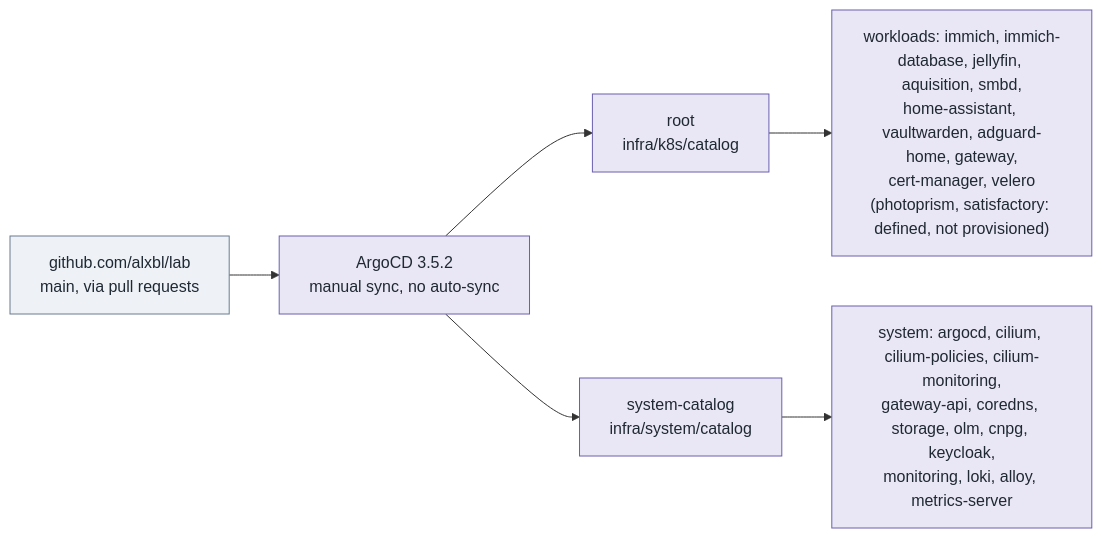
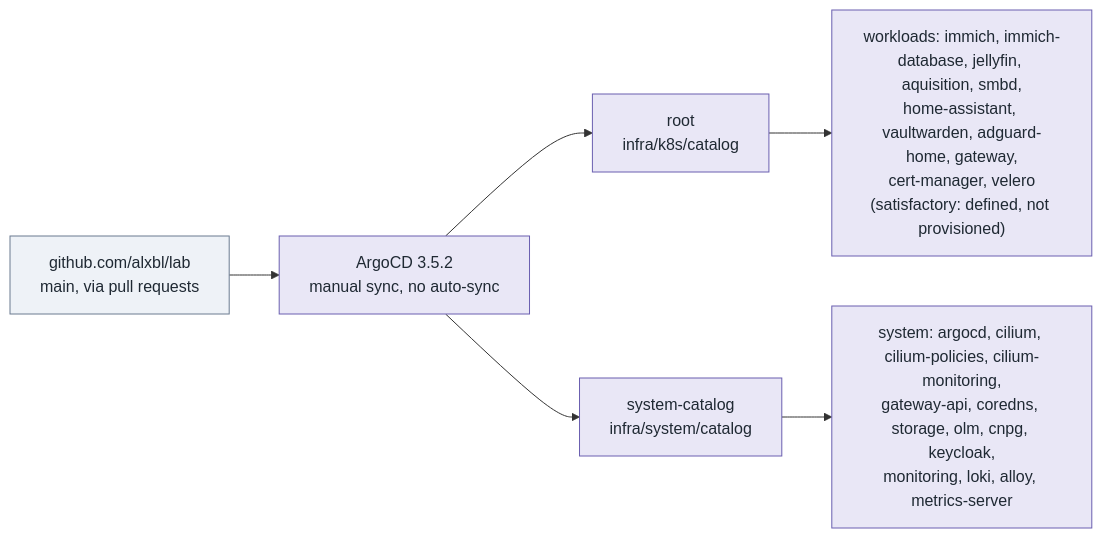
Before and after one commit to alxbl/lab: the fifth of 5 diagrams in docs/hld/segv-cluster.md, drawn with Mermaid. The commit also changed other lines of this file and 1 other file, not shown here.

````diff
--- a/docs/hld/segv-cluster.md
+++ b/docs/hld/segv-cluster.md
@@ -278,13 +278,13 @@
 ```mermaid
 flowchart LR
   classDef ext fill:#eef2f7,stroke:#6b7a90,color:#1f2933
   classDef sys fill:#e9e7f6,stroke:#6a5fb0,color:#1f2933
 
   repo["github.com/alxbl/lab<br/>main, via pull requests"]:::ext
   argo["ArgoCD 3.5.2<br/>manual sync, no auto-sync"]:::sys
   repo --> argo
   argo --> root["root<br/>infra/k8s/catalog"]:::sys
   argo --> syscat["system-catalog<br/>infra/system/catalog"]:::sys
-  root --> w["workloads: immich, immich-database, jellyfin, aquisition, smbd,<br/>home-assistant, vaultwarden, adguard-home, gateway,<br/>cert-manager, velero<br/>(photoprism, satisfactory: defined, not provisioned)"]:::sys
+  root --> w["workloads: immich, immich-database, jellyfin, aquisition, smbd,<br/>home-assistant, vaultwarden, adguard-home, gateway,<br/>cert-manager, velero<br/>(satisfactory: defined, not provisioned)"]:::sys
   syscat --> s["system: argocd, cilium, cilium-policies, cilium-monitoring,<br/>gateway-api, coredns, storage, olm, cnpg, keycloak,<br/>monitoring, loki, alloy, metrics-server"]:::sys
 ```
````
